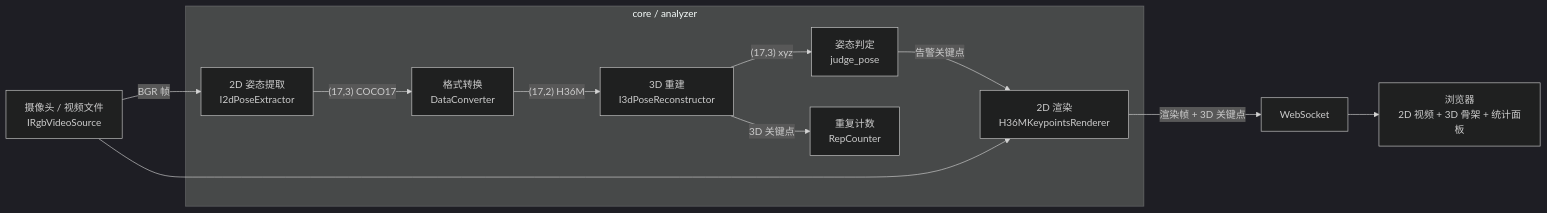
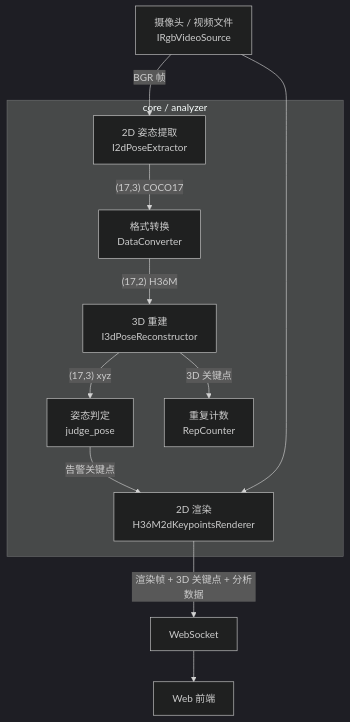
The diagram in README.md (hiromuraki/kps_analyze_demo), drawn with Mermaid (dark theme) before and after one commit. The commit also changed other lines of this file and 4 other files, not shown here.

````diff
--- a/README.md
+++ b/README.md
@@ -25,16 +98,16 @@
 ```mermaid
-flowchart LR
+flowchart TB
     A["摄像头 / 视频文件\nIRgbVideoSource"] -->|"BGR 帧"| B
 
     subgraph C [core / analyzer]
         B["2D 姿态提取\nI2dPoseExtractor"] -->|"(17,3) COCO17"| D["格式转换\nDataConverter"]
         D -->|"(17,2) H36M"| E["3D 重建\nI3dPoseReconstructor"]
         E -->|"(17,3) xyz"| F["姿态判定\njudge_pose"]
-        F -->|"告警关键点"| G["2D 渲染\nH36MKeypointsRenderer"]
         E -->|"3D 关键点"| J["重复计数\nRepCounter"]
+        F -->|"告警关键点"| G["2D 渲染\nH36M2dKeypointsRenderer"]
     end
 
     A --> G
-    G -->|"渲染帧 + 3D 关键点"| H["WebSocket"]
-    H --> I["浏览器\n2D 视频 + 3D 骨架 + 统计面板"]
+    G -->|"渲染帧 + 3D 关键点 + 分析数据"| H["WebSocket"]
+    H --> I["Web 前端"]
 ```
````
